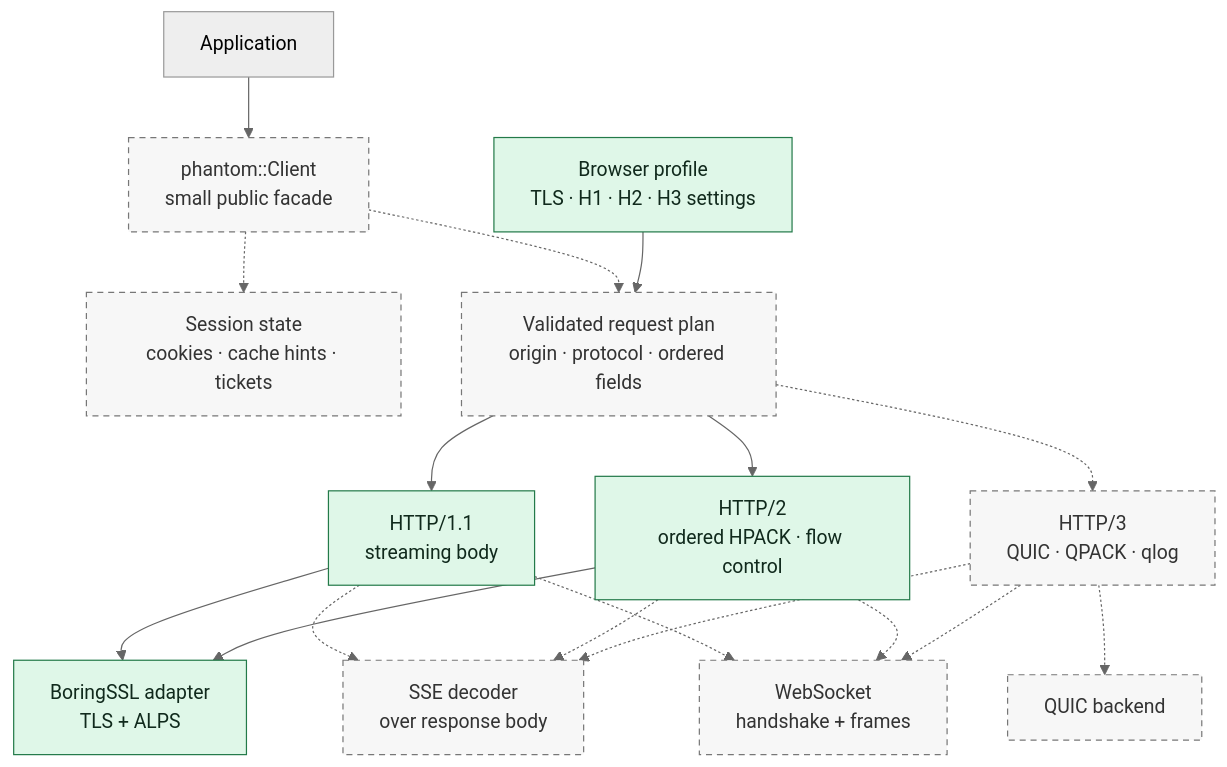
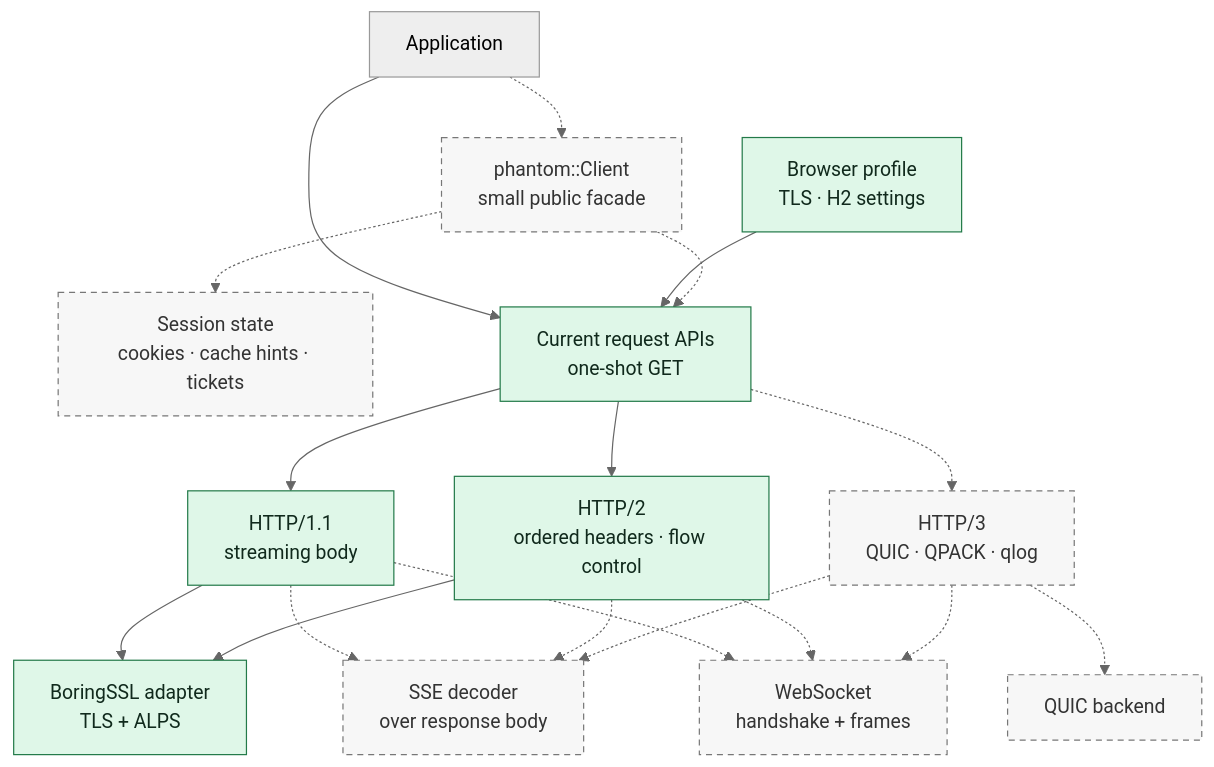
One commit to bywayhq/phantom changed the first of 3 diagrams in docs/architecture.md. Above: the diagram before and after it, drawn with Mermaid (neutral theme). The commit also changed other lines of this file and 4 other files, not shown here.

````diff
--- a/docs/architecture.md
+++ b/docs/architecture.md
@@ -21,38 +22,39 @@
 ```mermaid
 flowchart TB
     User[Application]
     Client["phantom::Client<br/>small public facade"]
     Session["Session state<br/>cookies · cache hints · tickets"]
-    Plan["Validated request plan<br/>origin · protocol · ordered fields"]
-    Profile["Browser profile<br/>TLS · H1 · H2 · H3 settings"]
+    Profile["Browser profile<br/>TLS · H2 settings"]
+    Request["Current request APIs<br/>one-shot GET"]
 
     H1["HTTP/1.1<br/>streaming body"]
-    H2["HTTP/2<br/>ordered HPACK · flow control"]
+    H2["HTTP/2<br/>ordered headers · flow control"]
     H3["HTTP/3<br/>QUIC · QPACK · qlog"]
     TLS["BoringSSL adapter<br/>TLS + ALPS"]
     QUIC["QUIC backend"]
     SSE["SSE decoder<br/>over response body"]
     WS["WebSocket<br/>handshake + frames"]
 
-    User --> Client
+    User --> Request
+    Profile --> Request
+    Request --> H1
+    Request --> H2
+    User -.-> Client
     Client -.-> Session
-    Client -.-> Plan
-    Profile --> Plan
-    Plan --> H1
-    Plan --> H2
-    Plan -.-> H3
+    Client -.-> Request
+    Request -.-> H3
     H1 --> TLS
     H2 --> TLS
     H3 -.-> QUIC
     H1 -.-> SSE
     H2 -.-> SSE
     H3 -.-> SSE
     H1 -.-> WS
     H2 -.-> WS
     H3 -.-> WS
 
     classDef current fill:#dff7e8,stroke:#237a49,color:#10291c
     classDef planned fill:#f7f7f7,stroke:#777,stroke-dasharray:5 4,color:#333
-    class Profile,H1,H2,TLS current
-    class Client,Session,Plan,H3,QUIC,SSE,WS planned
+    class Profile,Request,H1,H2,TLS current
+    class Client,Session,H3,QUIC,SSE,WS planned
 ```
````
